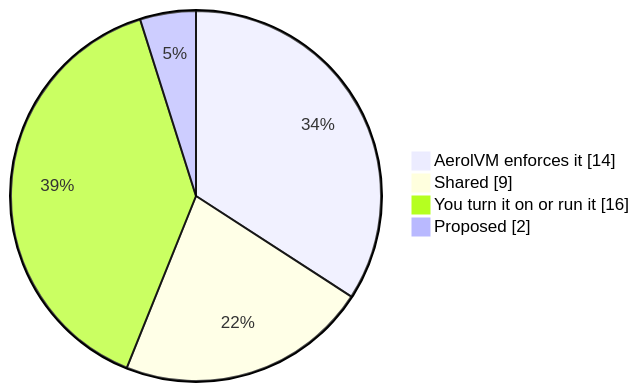
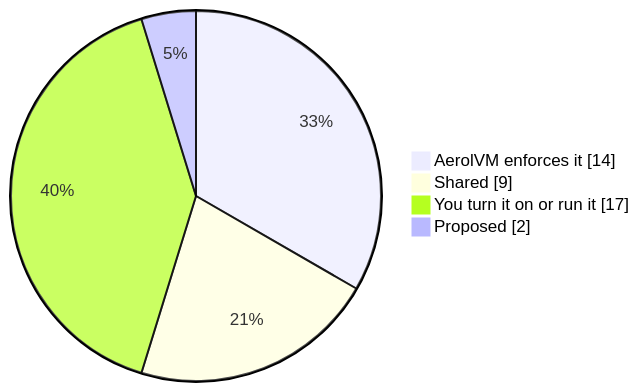
The fourth of 4 diagrams in docs/src/content/docs/enterprise/security-controls.mdx (aerol-ai/microvm), drawn with Mermaid before and after one commit. The commit also changed other lines of this file and 8 other files, not shown here.

````diff
--- a/docs/src/content/docs/enterprise/security-controls.mdx
+++ b/docs/src/content/docs/enterprise/security-controls.mdx
@@ -149,7 +150,7 @@
 ```mermaid
 pie showData
     "AerolVM enforces it" : 14
     "Shared" : 9
-    "You turn it on or run it" : 16
+    "You turn it on or run it" : 17
     "Proposed" : 2
 ```
````
